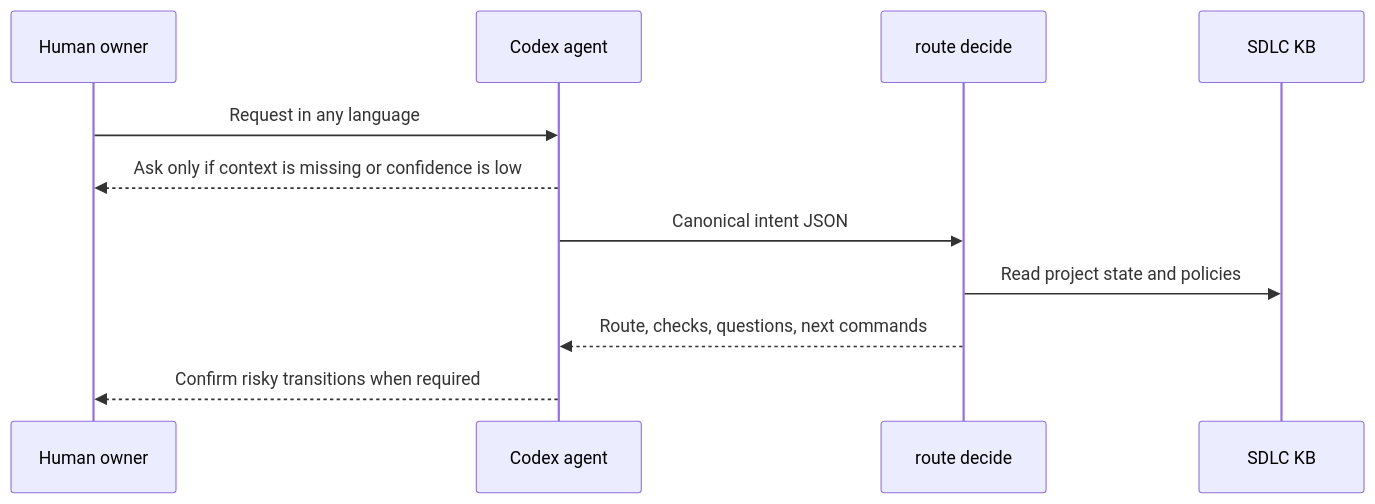
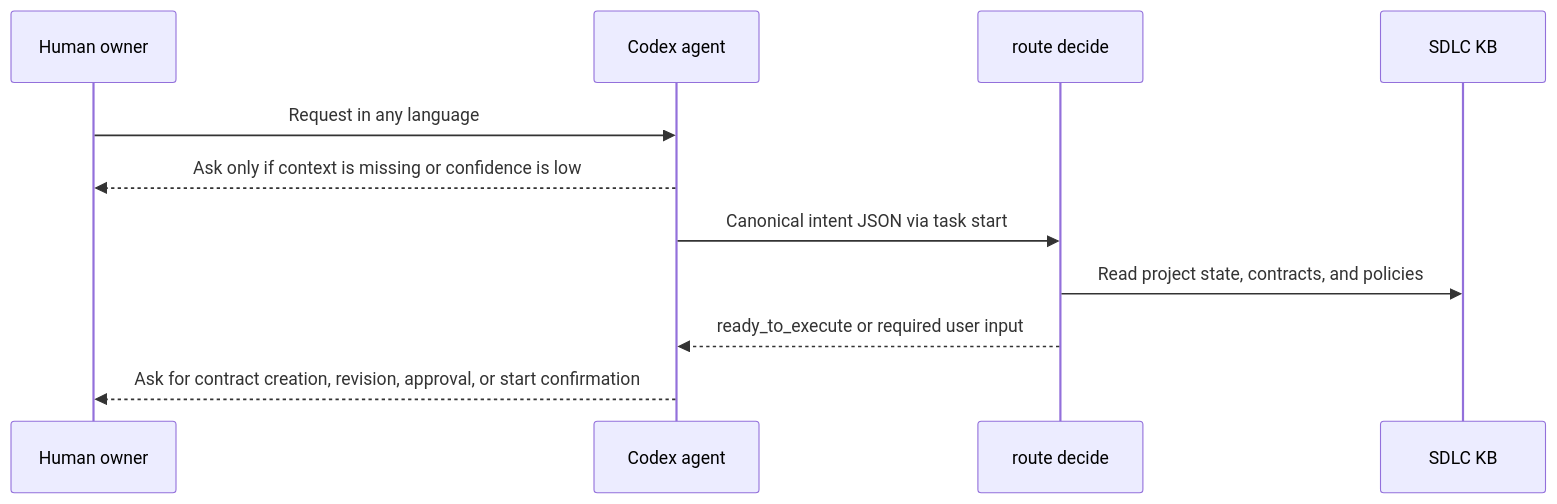
One commit to aantenore/agentic-sdlc-codex-plugin changed the fourth of 6 diagrams in docs/agent-interactions.md. Above: the diagram before and after it, drawn with Mermaid. The commit also changed other lines of this file and 52 other files, not shown here.

````diff
--- a/docs/agent-interactions.md
+++ b/docs/agent-interactions.md
@@ -112,14 +113,14 @@
 ```mermaid
 sequenceDiagram
   participant Human as Human owner
   participant Agent as Codex agent
   participant Router as route decide
   participant KB as SDLC KB
 
   Human->>Agent: Request in any language
   Agent-->>Human: Ask only if context is missing or confidence is low
-  Agent->>Router: Canonical intent JSON
-  Router->>KB: Read project state and policies
-  Router-->>Agent: Route, checks, questions, next commands
-  Agent-->>Human: Confirm risky transitions when required
+  Agent->>Router: Canonical intent JSON via task start
+  Router->>KB: Read project state, contracts, and policies
+  Router-->>Agent: ready_to_execute or required user input
+  Agent-->>Human: Ask for contract creation, revision, approval, or start confirmation
 ```
````
